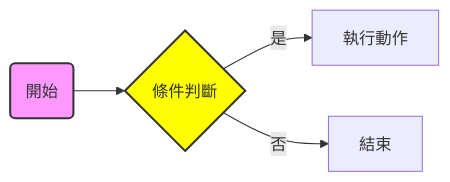
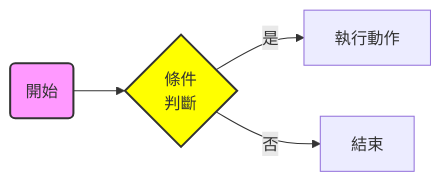
The second of 15 diagrams in README.md (powtron-aapapp/powtron-aapapp.github.io), drawn with Mermaid before and after one commit. The commit also changed other lines of this file, not shown here.

````diff
--- a/README.md
+++ b/README.md
@@ -57,9 +57,9 @@
 ```mermaid
 graph LR;
 style A fill:#f9f,stroke:#333,stroke-width:2px;
 style B fill:#ff0,stroke:#333,stroke-width:2px;
 
-    A("開始") --> B{"條件判斷"};
+    A("開始") --> B{"條件<br>判斷"};
     B -->|是| C["執行動作"];
     B -->|否| D[結束];
 ```
````
